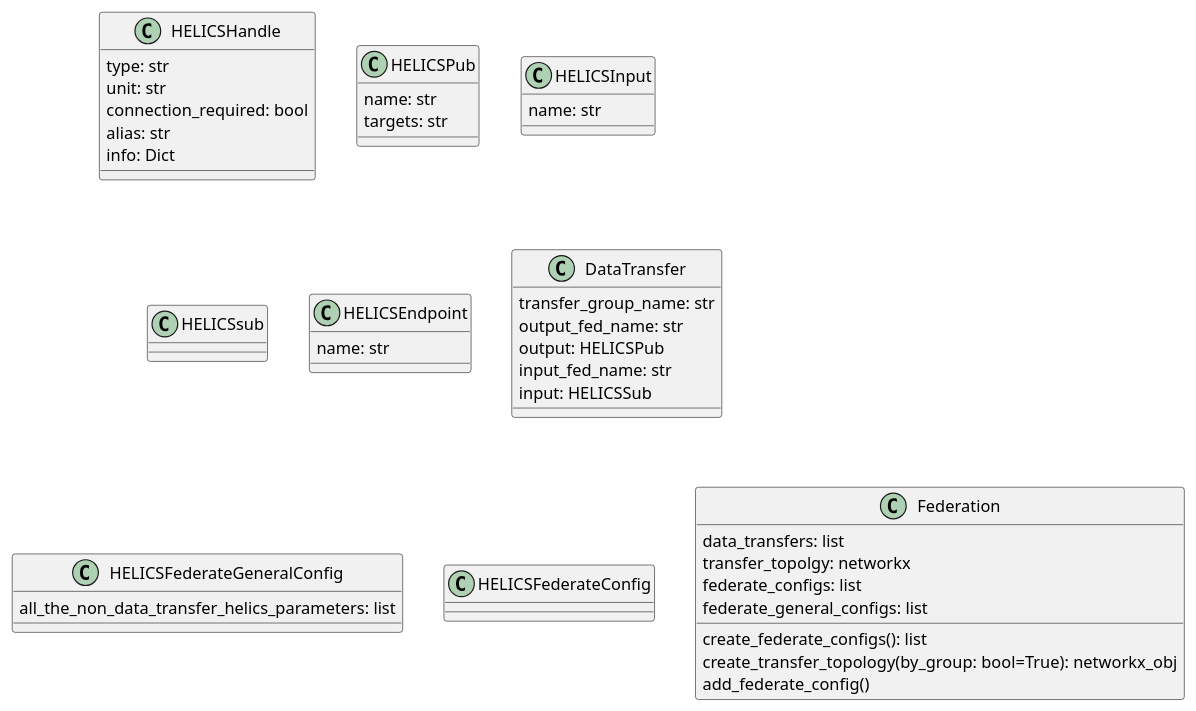
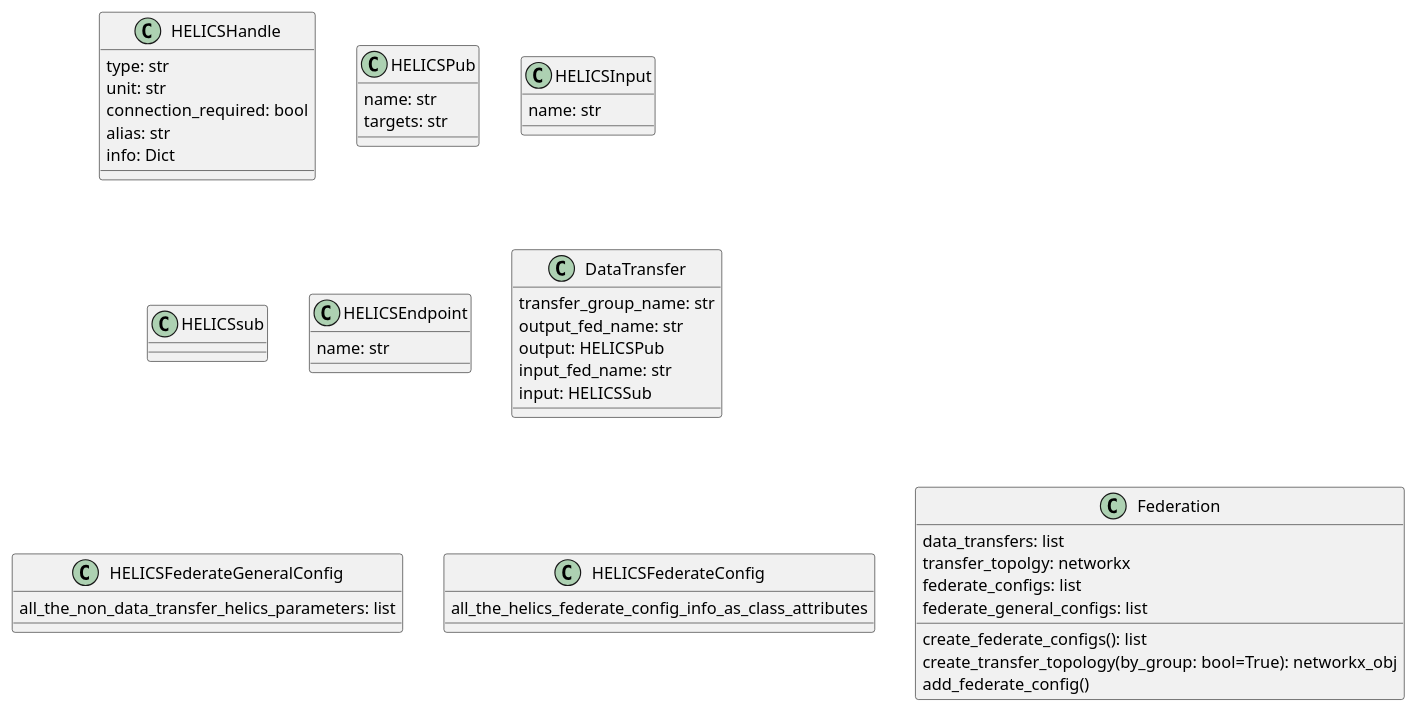
One commit to pnnl/cst changed the diagram in docs/design/configuration_api_classes.plantuml. Above: the diagram before and after it, drawn with PlantUML. The commit also changed 4 other files, not shown here.

```diff
--- a/docs/design/configuration_api_classes.plantuml
+++ b/docs/design/configuration_api_classes.plantuml
@@ -1,53 +1,53 @@
 @startuml
 
 class HELICSHandle{
     type: str
     unit: str
     connection_required: bool 
     alias: str
     info: Dict 
 }
 
 class HELICSPub{
     name: str
     targets: str
 }
 
 class HELICSInput{
     name: str
 }
 
 class HELICSsub{
 }
 
 class HELICSEndpoint{
     name: str
 }
 
 class DataTransfer{
     transfer_group_name: str
     output_fed_name: str
     output: HELICSPub
     input_fed_name: str
     input: HELICSSub
 }
 
 class HELICSFederateGeneralConfig{
     all_the_non_data_transfer_helics_parameters: list
 }
 
 class HELICSFederateConfig{
-    
+    all_the_helics_federate_config_info_as_class_attributes
 }
 
 class Federation{
     data_transfers: list
     transfer_topolgy: networkx
     federate_configs: list
     federate_general_configs: list
     create_federate_configs(): list
     create_transfer_topology(by_group: bool=True): networkx_obj
     add_federate_config()
 }
 
 @enduml
```
